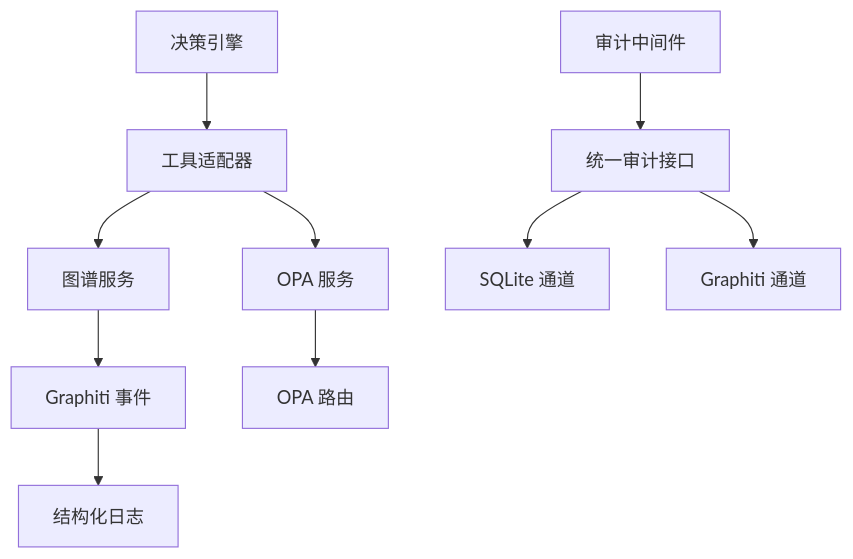
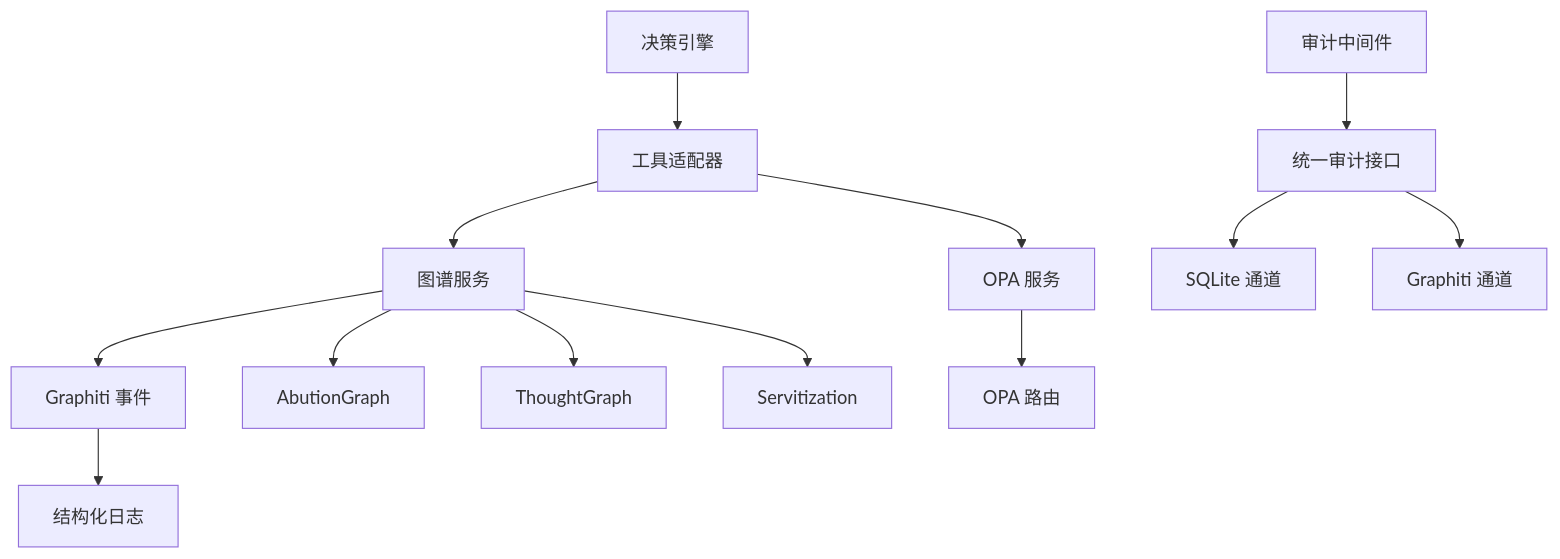
Before and after one commit to inier/ontology-graphiti: the tenth of 10 diagrams in .qoder/repowiki/zh/content/架构设计/分层架构设计/L1 基础设施层/L1 基础设施层.md, drawn with Mermaid. The commit also changed other lines of this file and 85 other files, not shown here.

````diff
--- a/.qoder/repowiki/zh/content/架构设计/分层架构设计/L1 基础设施层/L1 基础设施层.md
+++ b/.qoder/repowiki/zh/content/架构设计/分层架构设计/L1 基础设施层/L1 基础设施层.md
@@ -327,12 +560,15 @@
 ```mermaid
 graph TB
 OE["决策引擎"] --> OA["工具适配器"]
 OA --> GS["图谱服务"]
 GS --> GE["Graphiti 事件"]
 GE --> SL["结构化日志"]
 OA --> OPAS["OPA 服务"]
 OPAS --> OPRS["OPA 路由"]
 AM["审计中间件"] --> UA["统一审计接口"]
 UA --> ASQL["SQLite 通道"]
 UA --> AG["Graphiti 通道"]
+GS --> AB["AbutionGraph"]
+GS --> TG["ThoughtGraph"]
+GS --> SC["Servitization"]
 ```
````
